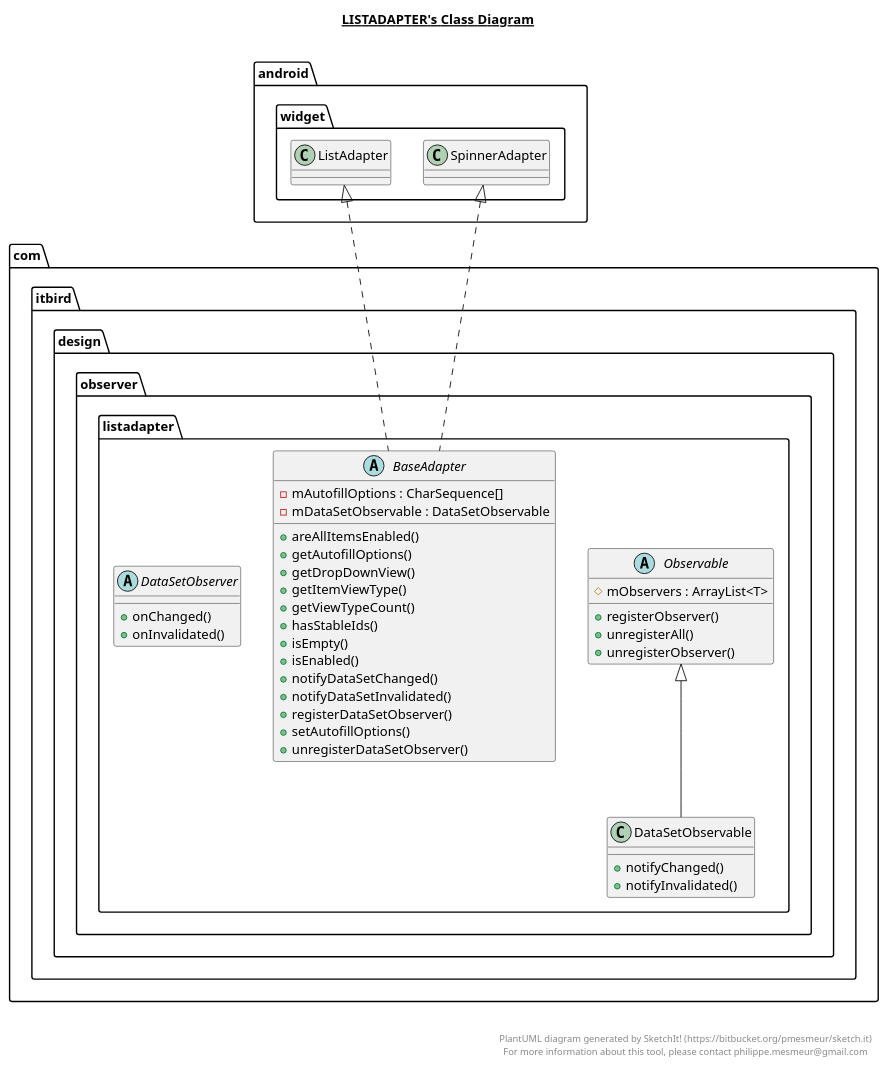
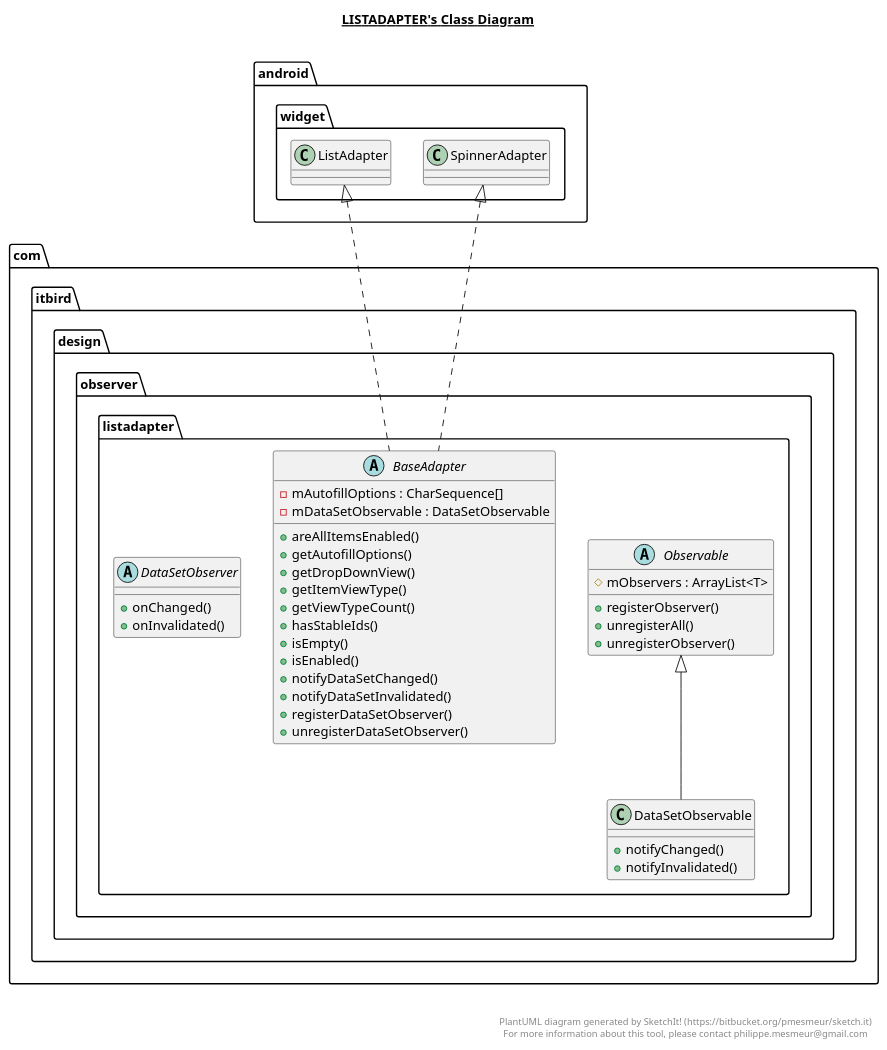
The diagram in app/src/main/java/com/itbird/design/observer/listadapter/listadapter.plantuml (xfkang/DesignPatternPractice), drawn with PlantUML before and after one commit. The commit also changed 41 other files, not shown here.

```diff
--- a/app/src/main/java/com/itbird/design/observer/listadapter/listadapter.plantuml
+++ b/app/src/main/java/com/itbird/design/observer/listadapter/listadapter.plantuml
@@ -1,72 +1,71 @@
 @startuml
 
 title __LISTADAPTER's Class Diagram__\n
 
   namespace com.itbird.design {
     namespace observer.listadapter {
       abstract class com.itbird.design.observer.listadapter.BaseAdapter {
           - mAutofillOptions : CharSequence[]
           - mDataSetObservable : DataSetObservable
           + areAllItemsEnabled()
           + getAutofillOptions()
           + getDropDownView()
           + getItemViewType()
           + getViewTypeCount()
           + hasStableIds()
           + isEmpty()
           + isEnabled()
           + notifyDataSetChanged()
           + notifyDataSetInvalidated()
           + registerDataSetObserver()
-          + setAutofillOptions()
           + unregisterDataSetObserver()
       }
     }
   }
   
 
   namespace com.itbird.design {
     namespace observer.listadapter {
       class com.itbird.design.observer.listadapter.DataSetObservable {
           + notifyChanged()
           + notifyInvalidated()
       }
     }
   }
   
 
   namespace com.itbird.design {
     namespace observer.listadapter {
       abstract class com.itbird.design.observer.listadapter.DataSetObserver {
           + onChanged()
           + onInvalidated()
       }
     }
   }
   
 
   namespace com.itbird.design {
     namespace observer.listadapter {
       abstract class com.itbird.design.observer.listadapter.Observable {
           # mObservers : ArrayList<T>
           + registerObserver()
           + unregisterAll()
           + unregisterObserver()
       }
     }
   }
   
 
   com.itbird.design.observer.listadapter.BaseAdapter .up.|> android.widget.ListAdapter
   com.itbird.design.observer.listadapter.BaseAdapter .up.|> android.widget.SpinnerAdapter
   com.itbird.design.observer.listadapter.DataSetObservable -up-|> com.itbird.design.observer.listadapter.Observable
 
 
 right footer
 
 
 PlantUML diagram generated by SketchIt! (https://bitbucket.org/pmesmeur/sketch.it)
 For more information about this tool, please contact philippe.mesmeur@gmail.com
 endfooter
 
 @enduml
```
